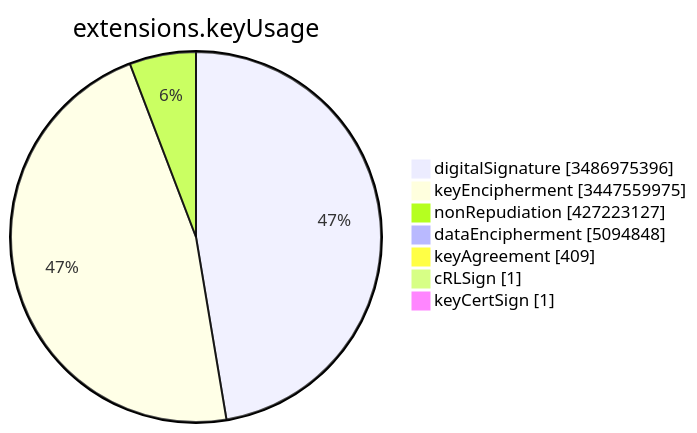
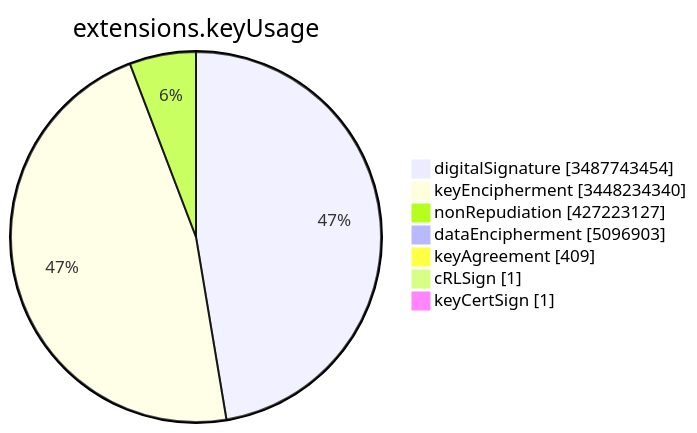
The sixth of 15 diagrams in TOTAL/README.md (christiankrug/ctmonitor_visualization), drawn with Mermaid before and after one commit. The commit also changed other lines of this file, not shown here.

````diff
--- a/TOTAL/README.md
+++ b/TOTAL/README.md
@@ -3083,11 +3083,11 @@
 ```mermaid
 pie showData
 title extensions.keyUsage
-"digitalSignature" :3486975396
-"keyEncipherment" :3447559975
+"digitalSignature" :3487743454
+"keyEncipherment" :3448234340
 "nonRepudiation" :427223127
-"dataEncipherment" :5094848
+"dataEncipherment" :5096903
 "keyAgreement" :409
 "cRLSign" :1
 "keyCertSign" :1
 ```
````
